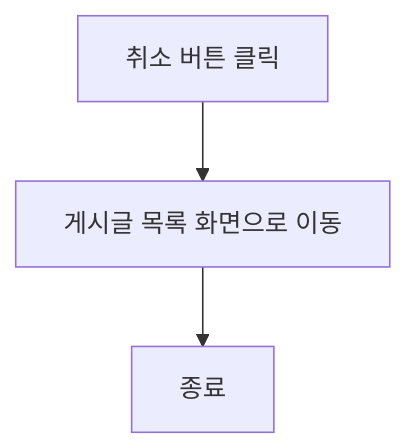
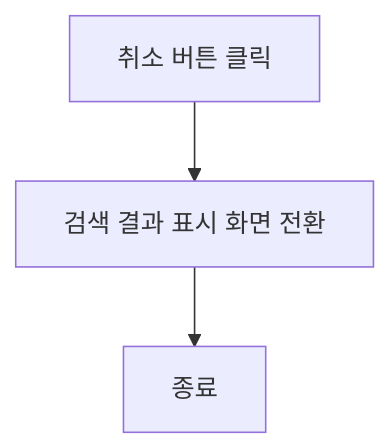
Before and after one commit to Dev-FE-2/3_swim_diary: diagram 32 of 40 in design/기능정의서.md, drawn with Mermaid. The commit also changed other lines of this file and 1 other file, not shown here.

````diff
--- a/design/기능정의서.md
+++ b/design/기능정의서.md
@@ -292,6 +737,5 @@
-```mermaid
-flowchart TD
-A[취소 버튼 클릭] --> B[게시글 목록 화면으로 이동]
-B --> Z[종료]
-    
-```
+    ```mermaid
+    flowchart TD
+        A[취소 버튼 클릭] --> B[검색 결과 표시 화면 전환]
+        B --> Z[종료]
+    ```
````
